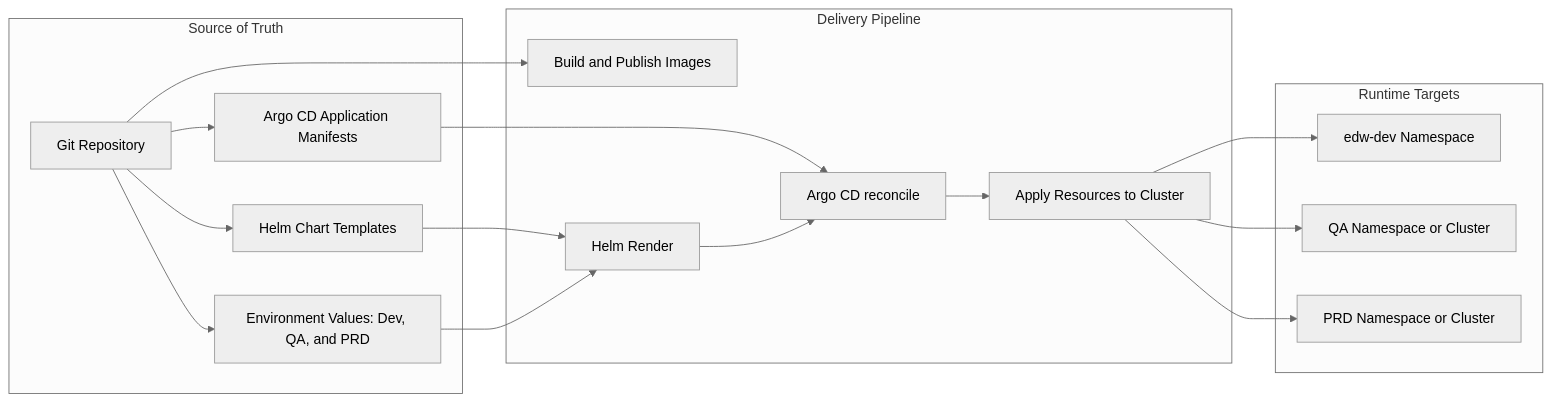
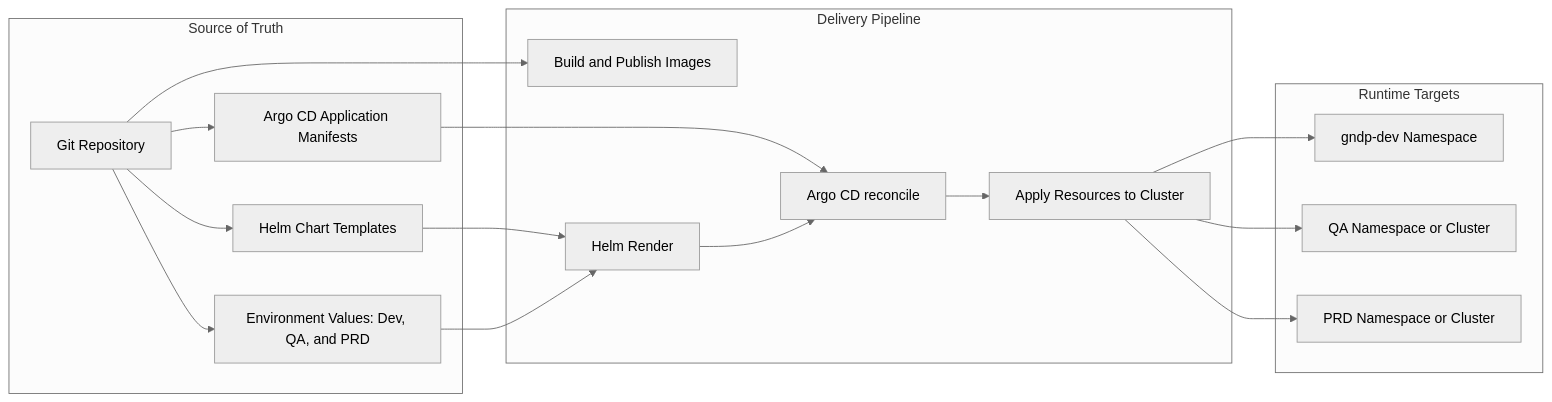
One commit to paulchen8206/Full-Stack-Modern-Data-Architecture-and-Engineering changed the diagram in cicd/readme.md. Above: the diagram before and after it, drawn with Mermaid (neutral theme). The commit also changed other lines of this file and 15 other files, not shown here.

````diff
--- a/cicd/readme.md
+++ b/cicd/readme.md
@@ -48,35 +48,35 @@
 ```mermaid
 flowchart LR
   subgraph S[Source of Truth]
     GIT[Git Repository]
     CHART[Helm Chart Templates]
     VALUES[Environment Values: Dev, QA, and PRD]
     APP[Argo CD Application Manifests]
   end
 
   subgraph P[Delivery Pipeline]
     BUILD[Build and Publish Images]
     RENDER[Helm Render]
     ARGO[Argo CD reconcile]
     APPLY[Apply Resources to Cluster]
   end
 
   subgraph T[Runtime Targets]
-    DEV[edw-dev Namespace]
+    DEV[gndp-dev Namespace]
     QA[QA Namespace or Cluster]
     PRD[PRD Namespace or Cluster]
   end
 
   GIT --> BUILD
   GIT --> CHART
   GIT --> VALUES
   GIT --> APP
   CHART --> RENDER
   VALUES --> RENDER
   APP --> ARGO
   RENDER --> ARGO
   ARGO --> APPLY
   APPLY --> DEV
   APPLY --> QA
   APPLY --> PRD
 ```
````
